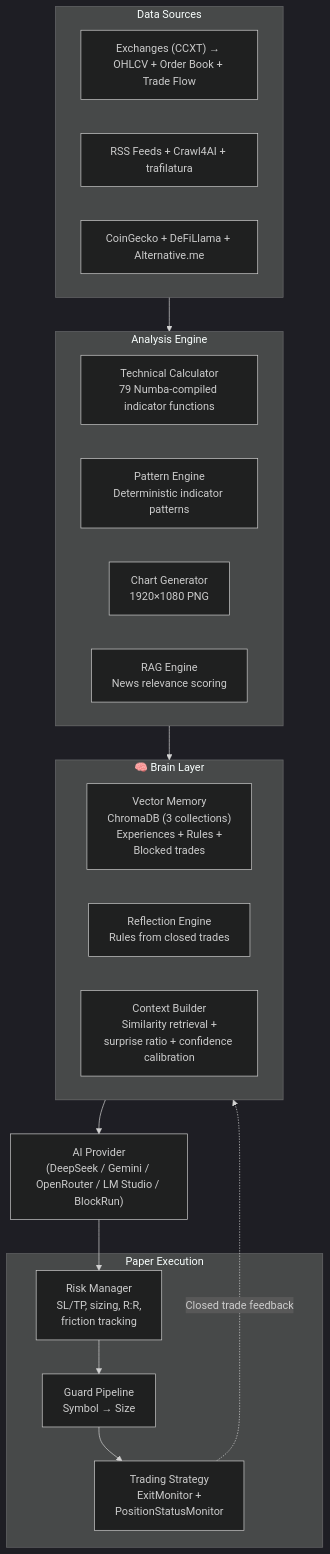
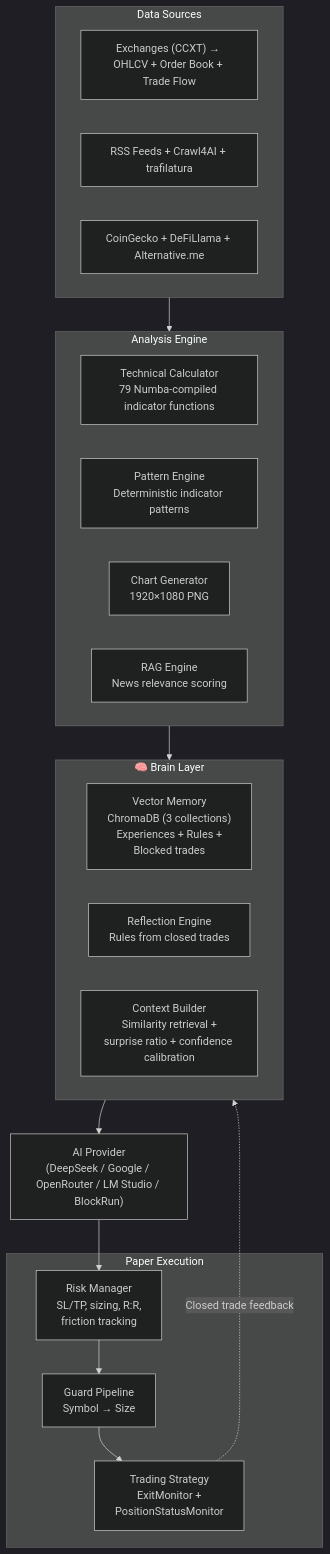
Before and after one commit to qrak/LLM_trader: the diagram in README.md, drawn with Mermaid (dark theme). The commit also changed other lines of this file and 3 other files, not shown here.

````diff
--- a/README.md
+++ b/README.md
@@ -97,29 +97,29 @@
 ```mermaid
 flowchart TB
     subgraph Data["Data Sources"]
         EX["Exchanges (CCXT) → OHLCV + Order Book + Trade Flow"]
         NEWS["RSS Feeds + Crawl4AI + trafilatura"]
         FUND["CoinGecko + DeFiLlama + Alternative.me"]
     end
     subgraph Analysis["Analysis Engine"]
         TC["Technical Calculator<br/>79 Numba-compiled indicator functions"]
         PE["Pattern Engine<br/>Deterministic indicator patterns"]
         CG["Chart Generator<br/>1920×1080 PNG"]
         RAG["RAG Engine<br/>News relevance scoring"]
     end
     subgraph Brain["🧠 Brain Layer"]
         VM["Vector Memory<br/>ChromaDB (3 collections)<br/>Experiences + Rules +<br/>Blocked trades"]
         REFL["Reflection Engine<br/>Rules from closed trades"]
         CTX["Context Builder<br/>Similarity retrieval +<br/>surprise ratio + confidence calibration"]
     end
     subgraph Execution["Paper Execution"]
         RP["Risk Manager<br/>SL/TP, sizing, R:R,<br/>friction tracking"]
         GP["Guard Pipeline<br/>Symbol → Size"]
         STRAT["Trading Strategy<br/>ExitMonitor +<br/>PositionStatusMonitor"]
     end
     Data --> Analysis
     Analysis --> Brain
-    Brain --> AI["AI Provider<br/>(DeepSeek / Gemini / OpenRouter / LM Studio / BlockRun)"]
+    Brain --> AI["AI Provider<br/>(DeepSeek / Google / OpenRouter / LM Studio / BlockRun)"]
     AI --> RP --> GP --> STRAT
     STRAT -.->|Closed trade feedback| Brain
 ```
````
